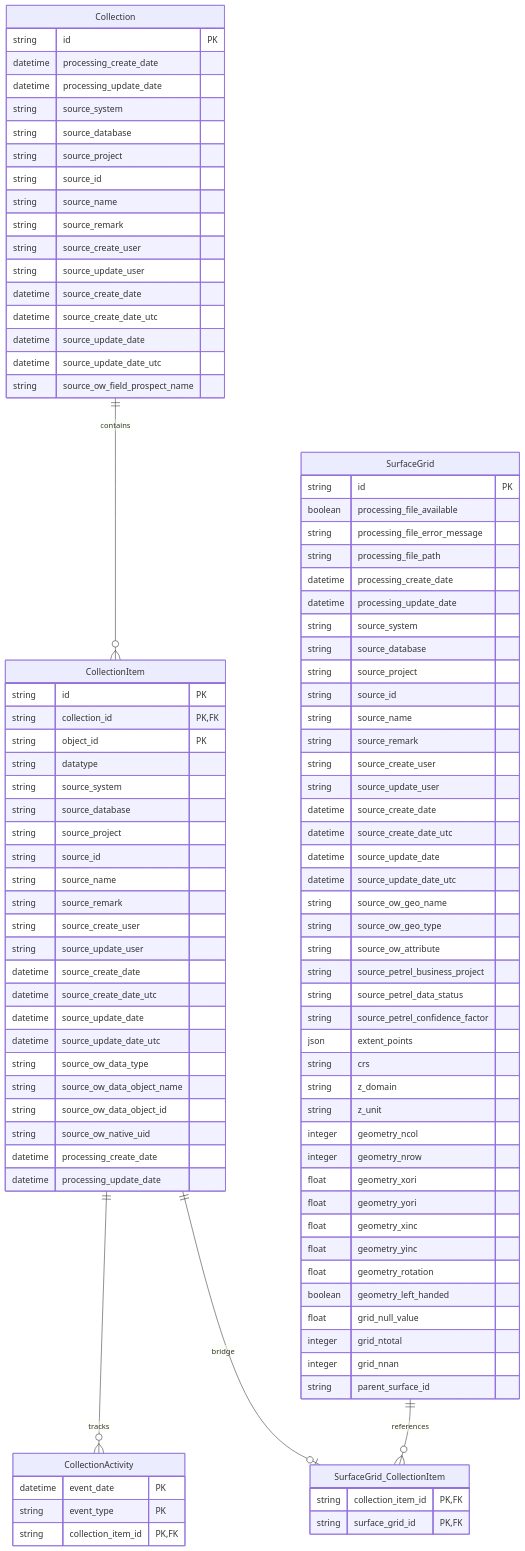
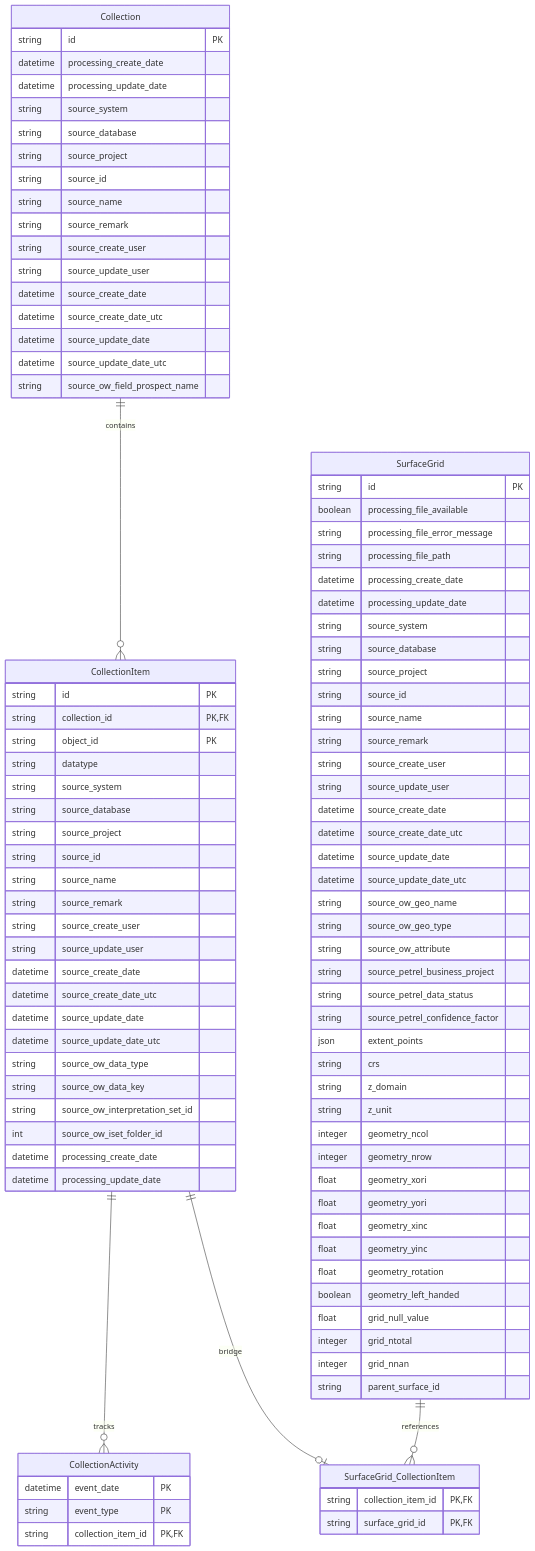
Before and after one commit to equinor/interpretation-models: the diagram in docs/database_model.md, drawn with Mermaid. The commit also changed 4 other files, not shown here.

```diff
--- a/docs/database_model.md
+++ b/docs/database_model.md
@@ -80,9 +80,9 @@
         datetime source_update_date
         datetime source_update_date_utc
         string source_ow_data_type
-        string source_ow_data_object_name
-        string source_ow_data_object_id
-        string source_ow_native_uid
+        string source_ow_data_key
+        string source_ow_interpretation_set_id
+        int source_ow_iset_folder_id
         datetime processing_create_date
         datetime processing_update_date
     }
```
